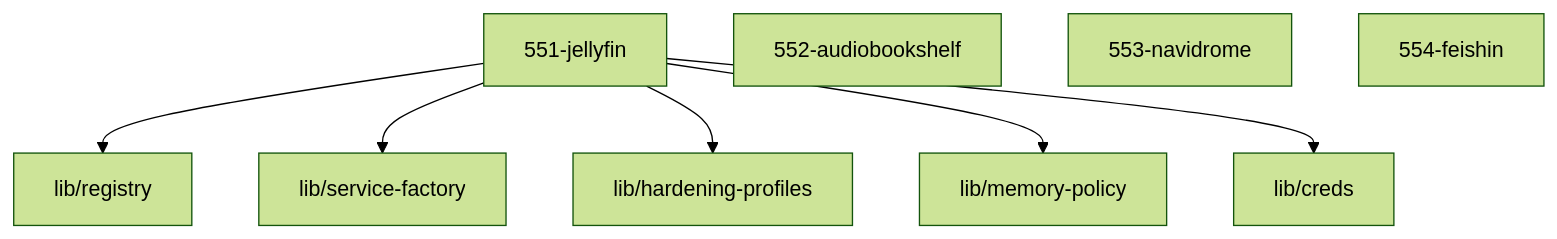
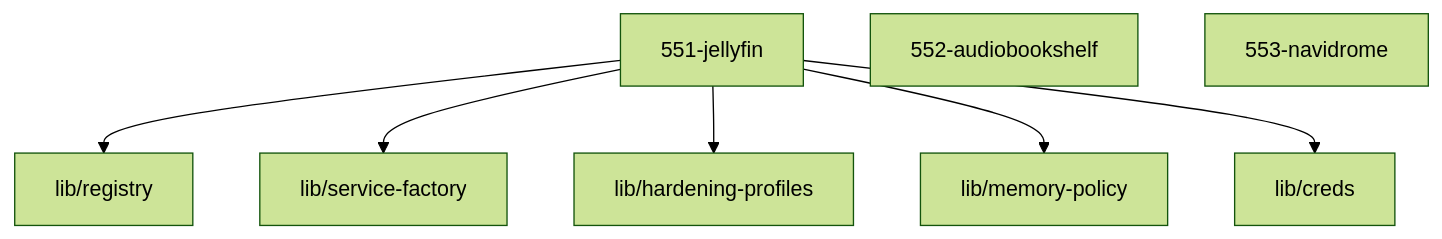
The diagram in 55-playback/AGENTS.md (grapefruit89/mediNix-core), drawn with Mermaid (forest theme) before and after one commit. The commit also changed other lines of this file and 14 other files, not shown here.

````diff
--- a/55-playback/AGENTS.md
+++ b/55-playback/AGENTS.md
@@ -57,11 +56,10 @@
 ```mermaid
 graph TD
   551_jellyfin["551-jellyfin"] --> registry["lib/registry"]
   551_jellyfin["551-jellyfin"] --> service_factory["lib/service-factory"]
   551_jellyfin["551-jellyfin"] --> hardening_profiles["lib/hardening-profiles"]
   551_jellyfin["551-jellyfin"] --> memory_policy["lib/memory-policy"]
   551_jellyfin["551-jellyfin"] --> creds["lib/creds"]
   552_audiobookshelf["552-audiobookshelf"]
   553_navidrome["553-navidrome"]
-  554_feishin["554-feishin"]
 ```
````
